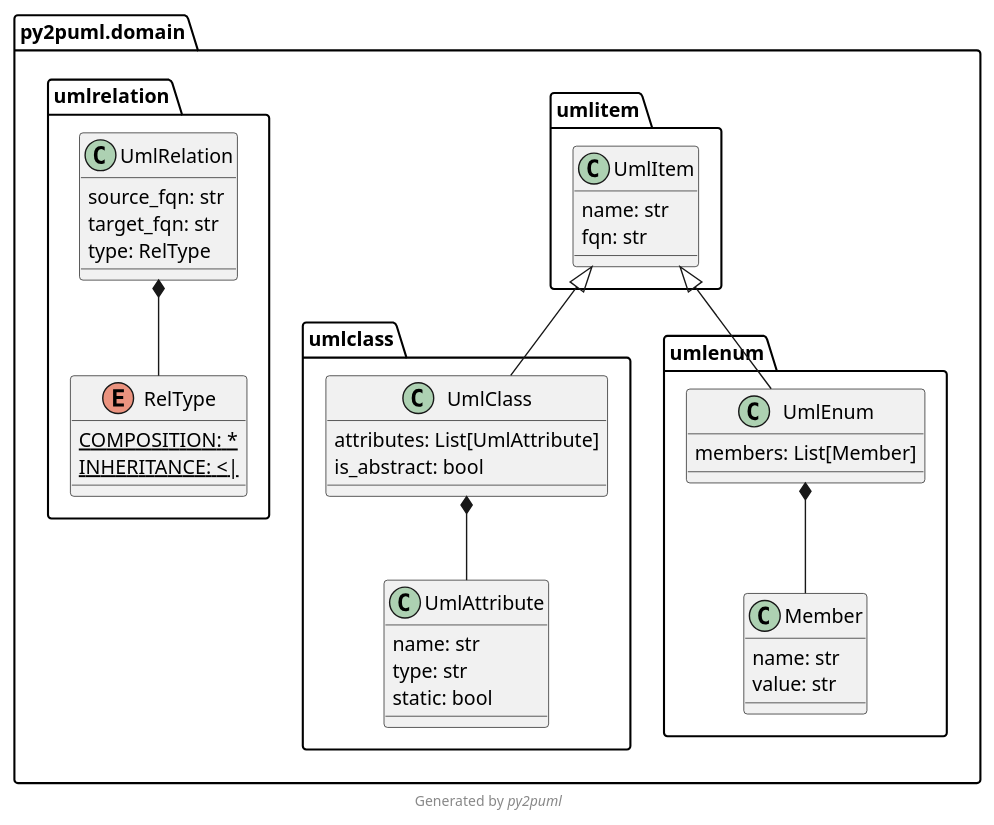
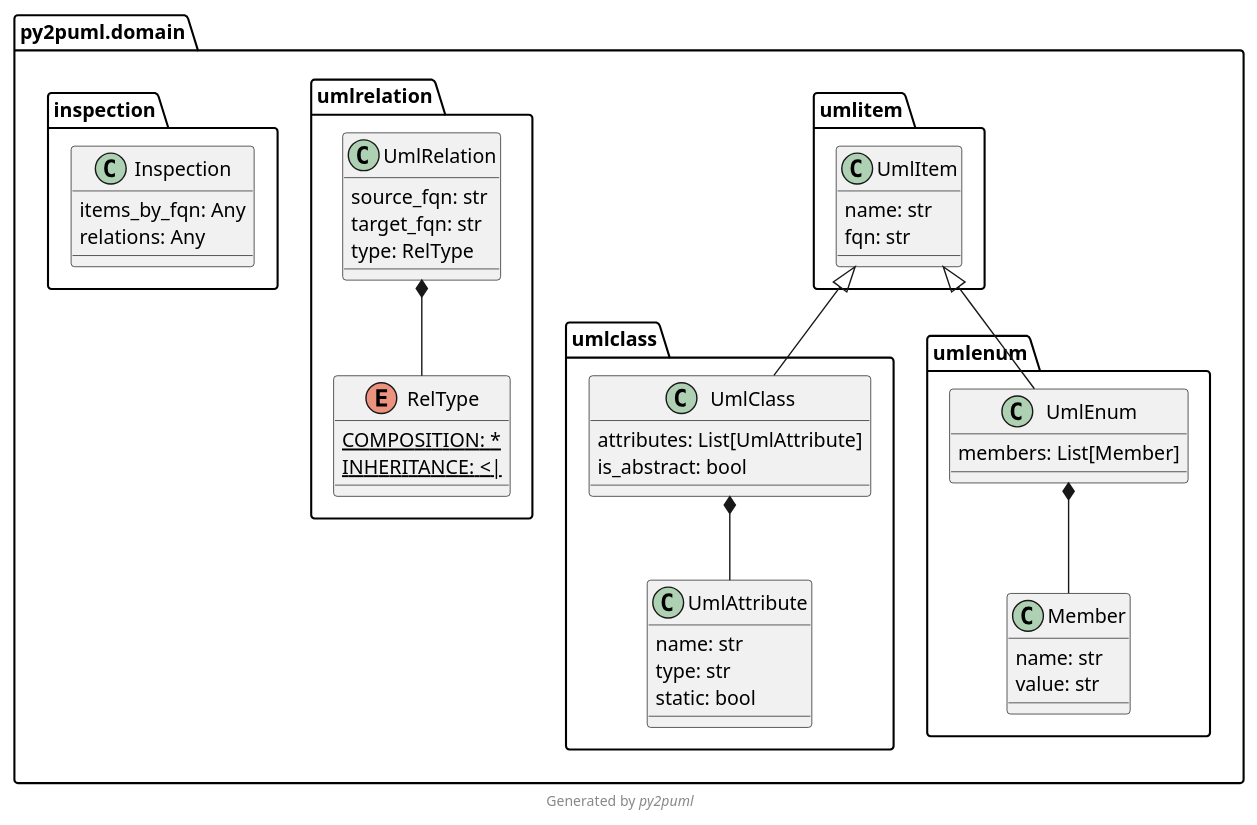
One commit to lucsorel/py2puml changed the first of 2 diagrams in README.md. Above: the diagram before and after it, drawn with PlantUML. The commit also changed other lines of this file, not shown here.

````diff
--- a/README.md
+++ b/README.md
@@ -95,41 +68,45 @@
 ```plantuml
 @startuml py2puml.domain
 !pragma useIntermediatePackages false
 
+class py2puml.domain.umlitem.UmlItem {
+  name: str
+  fqn: str
+}
+class py2puml.domain.umlrelation.UmlRelation {
+  source_fqn: str
+  target_fqn: str
+  type: RelType
+}
+class py2puml.domain.inspection.Inspection {
+  items_by_fqn: Any
+  relations: Any
+}
 class py2puml.domain.umlclass.UmlAttribute {
   name: str
   type: str
   static: bool
 }
 class py2puml.domain.umlclass.UmlClass {
   attributes: List[UmlAttribute]
   is_abstract: bool
-}
-class py2puml.domain.umlitem.UmlItem {
-  name: str
-  fqn: str
 }
 class py2puml.domain.umlenum.Member {
   name: str
   value: str
 }
 class py2puml.domain.umlenum.UmlEnum {
   members: List[Member]
 }
 enum py2puml.domain.umlrelation.RelType {
   COMPOSITION: * {static}
   INHERITANCE: <| {static}
 }
-class py2puml.domain.umlrelation.UmlRelation {
-  source_fqn: str
-  target_fqn: str
-  type: RelType
-}
+py2puml.domain.umlrelation.UmlRelation *-- py2puml.domain.umlrelation.RelType
 py2puml.domain.umlclass.UmlClass *-- py2puml.domain.umlclass.UmlAttribute
 py2puml.domain.umlitem.UmlItem <|-- py2puml.domain.umlclass.UmlClass
 py2puml.domain.umlenum.UmlEnum *-- py2puml.domain.umlenum.Member
 py2puml.domain.umlitem.UmlItem <|-- py2puml.domain.umlenum.UmlEnum
-py2puml.domain.umlrelation.UmlRelation *-- py2puml.domain.umlrelation.RelType
 footer Generated by //py2puml//
 @enduml
 ```
````
